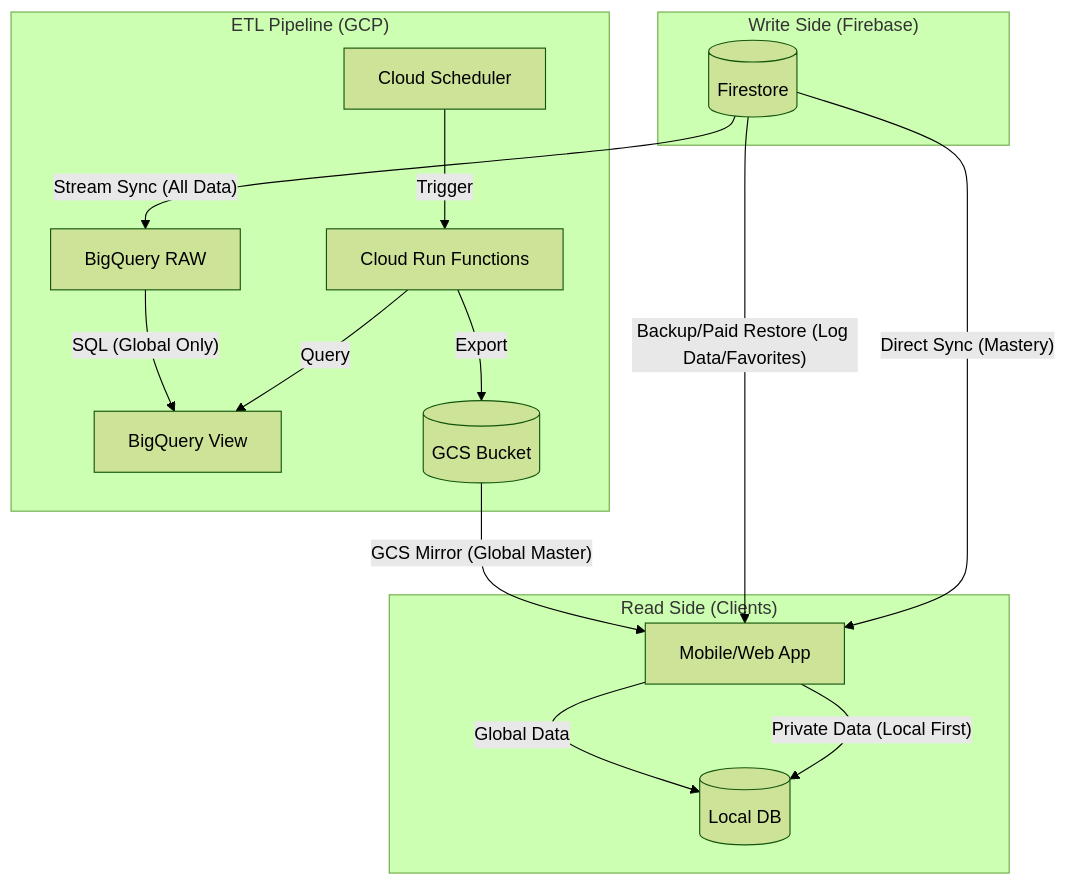
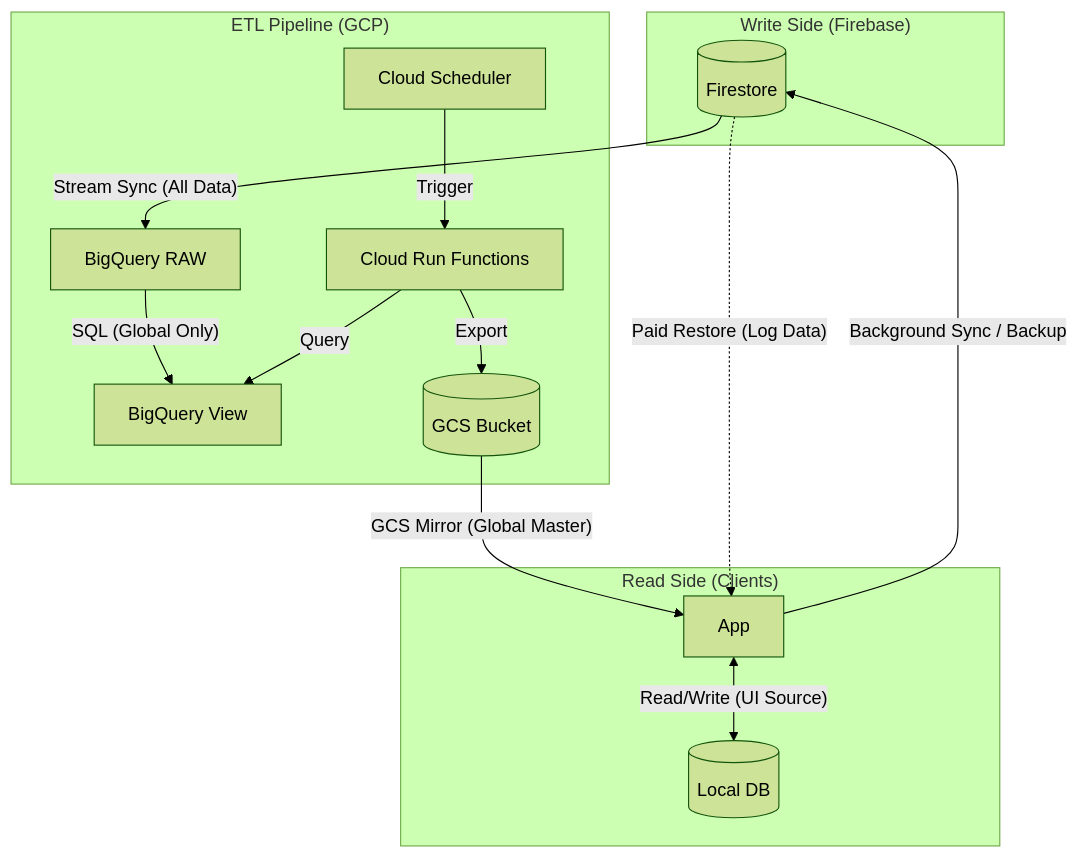
The diagram in .agent/issue-116/01_infrastructure_pipeline.md (cloud-solutions-ttakeuchi/wedive), drawn with Mermaid (forest theme) before and after one commit. The commit also changed 2 other files, not shown here.

Commit message:
設計レビュー

````diff
--- a/.agent/issue-116/01_infrastructure_pipeline.md
+++ b/.agent/issue-116/01_infrastructure_pipeline.md
@@ -8,27 +8,27 @@
 ```mermaid
 graph TD
     %% Source
     subgraph "Write Side (Firebase)"
         FS[(Firestore)]
     end
 
     %% ETL Pipeline
     subgraph "ETL Pipeline (GCP)"
         FS -- "Stream Sync (All Data)" --> BQ[BigQuery RAW]
         BQ -- "SQL (Global Only)" --> BQV[BigQuery View]
         
         CS[Cloud Scheduler] -- "Trigger" --> CF[Cloud Run Functions]
         CF -- "Query" --> BQV
         CF -- "Export" --> GCS[(GCS Bucket)]
     end
 
     %% Client Side
     subgraph "Read Side (Clients)"
         GCS -- "GCS Mirror (Global Master)" --> App
-        FS -- "Backup/Paid Restore (Log Data/Favorites)" --> App
-        FS -- "Direct Sync (Mastery)" --> App[Mobile/Web App]
         
-        App -- "Global Data" --> SQLite[(Local DB)]
-        App -- "Private Data (Local First)" --> SQLite
+        App <-- "Read/Write (UI Source)" --> SQLite[(Local DB)]
+        
+        App -- "Background Sync / Backup" --> FS
+        FS -. "Paid Restore (Log Data)" .-> App
     end
 ```
````
